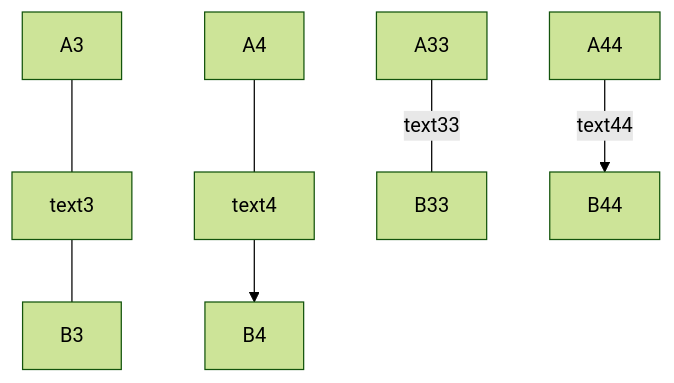
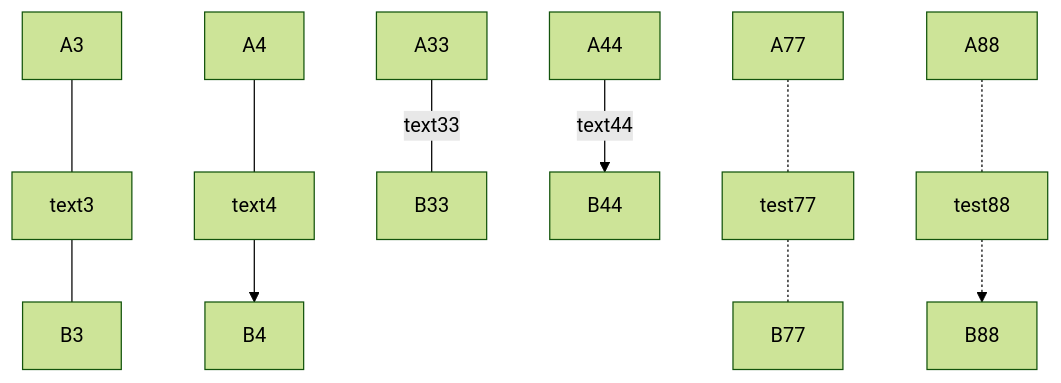
Before and after one commit to 8629303/java-tutorial: the fourth of 14 diagrams in Markdown.md, drawn with Mermaid (forest theme). The commit also changed other lines of this file and 6 other files, not shown here.

````diff
--- a/Markdown.md
+++ b/Markdown.md
@@ -143,7 +143,9 @@
 ```mermaid
 graph TB
   A3 --- text3 --- B3
   A4 --- text4 --> B4
   A33 -- text33 --- B33
   A44 -- text44 --> B44
+  A77 -.-test77-.- B77
+  A88 -.-test88-.-> B88
 ```
````
